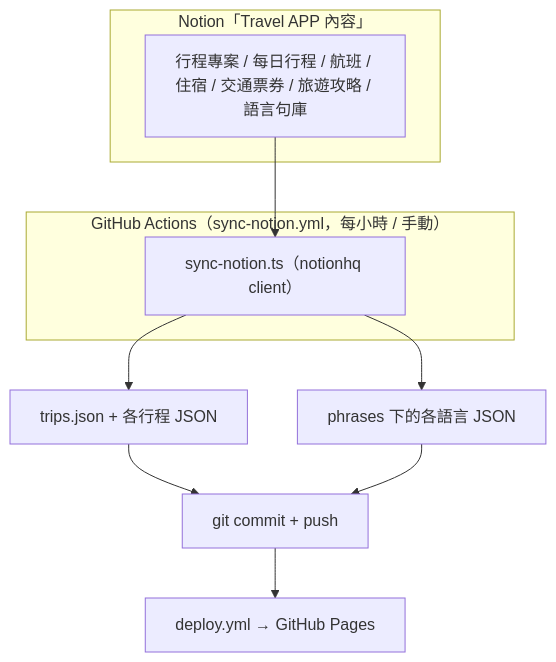
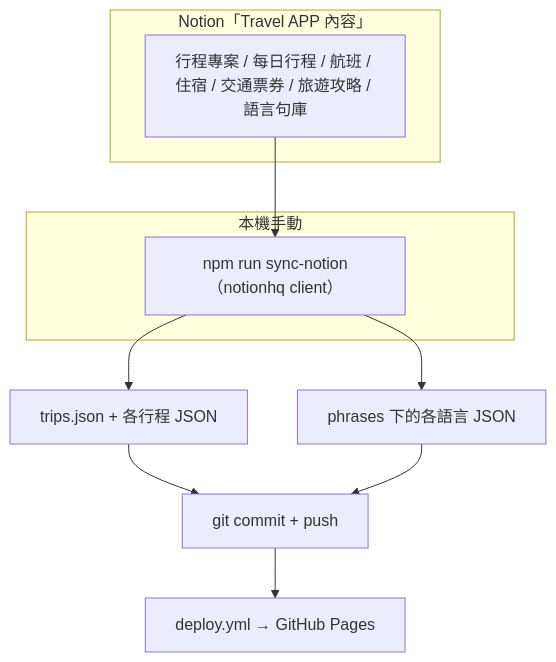
The sixth of 7 diagrams in README.md (ChuangAllen/travel-app), drawn with Mermaid before and after one commit. The commit also changed other lines of this file and 11 other files, not shown here.

````diff
--- a/README.md
+++ b/README.md
@@ -154,17 +174,17 @@
 ```mermaid
 flowchart TD
     subgraph Notion["Notion「Travel APP 內容」"]
         T["行程專案 / 每日行程 / 航班 / 住宿 / 交通票券 / 旅遊攻略 / 語言句庫"]
     end
 
-    subgraph CI["GitHub Actions（sync-notion.yml，每小時 / 手動）"]
-        S["sync-notion.ts（notionhq client）"]
+    subgraph Local["本機手動"]
+        S["npm run sync-notion（notionhq client）"]
     end
 
     T --> S
     S --> O1["trips.json + 各行程 JSON"]
     S --> O2["phrases 下的各語言 JSON"]
     O1 --> C["git commit + push"]
     O2 --> C
     C --> D["deploy.yml → GitHub Pages"]
 ```
````
